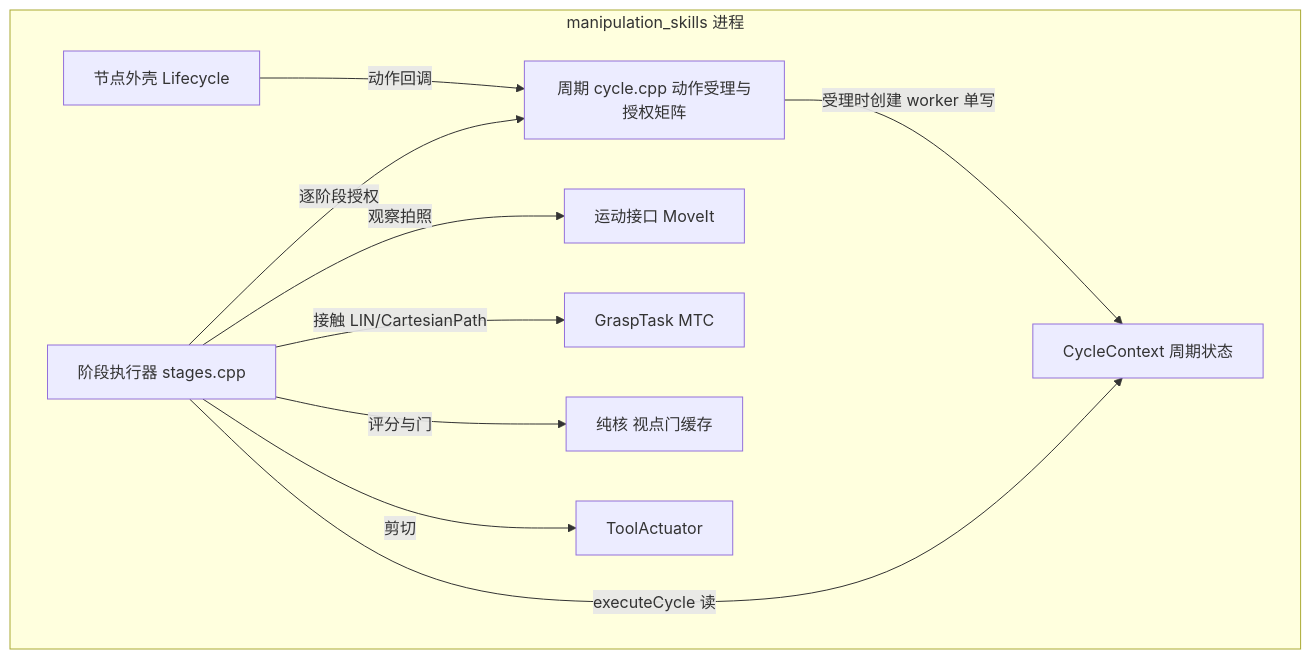
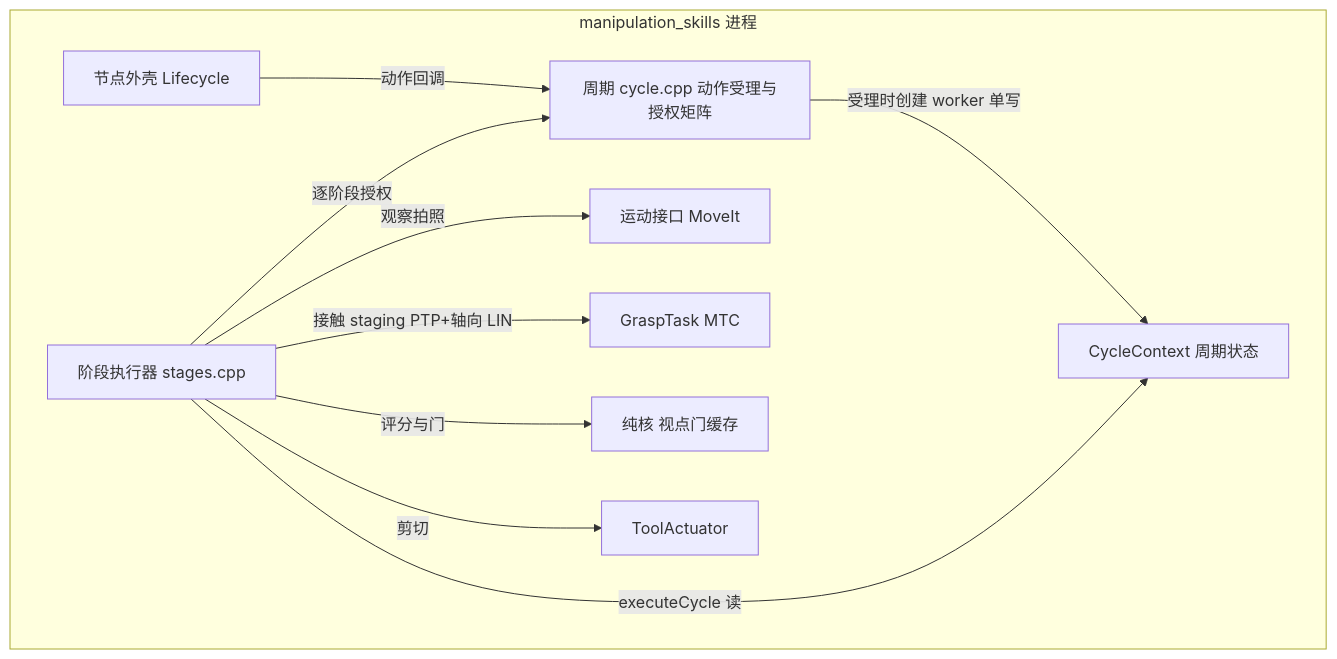
One commit to MUHAN11-c/aubo_boot changed the third of 15 diagrams in docs/architecture.md. Above: the diagram before and after it, drawn with Mermaid. The commit also changed other lines of this file and 123 other files, not shown here.

````diff
--- a/docs/architecture.md
+++ b/docs/architecture.md
@@ -143,21 +143,21 @@
 ```mermaid
 flowchart TB
   subgraph sk["manipulation_skills 进程"]
     shell["节点外壳 Lifecycle"]
     cycle["周期 cycle.cpp 动作受理与授权矩阵"]
     ctx["CycleContext 周期状态"]
     stages["阶段执行器 stages.cpp"]
     mot["运动接口 MoveIt"]
     mtc["GraspTask MTC"]
     core["纯核 视点门缓存"]
     tool["ToolActuator"]
   end
   shell -->|"动作回调"| cycle
   cycle -->|"受理时创建 worker 单写"| ctx
   stages -->|"executeCycle 读"| ctx
   stages -->|"逐阶段授权"| cycle
   stages -->|"观察拍照"| mot
-  stages -->|"接触 LIN/CartesianPath"| mtc
+  stages -->|"接触 staging PTP+轴向 LIN"| mtc
   stages -->|"评分与门"| core
   stages -->|"剪切"| tool
 ```
````
